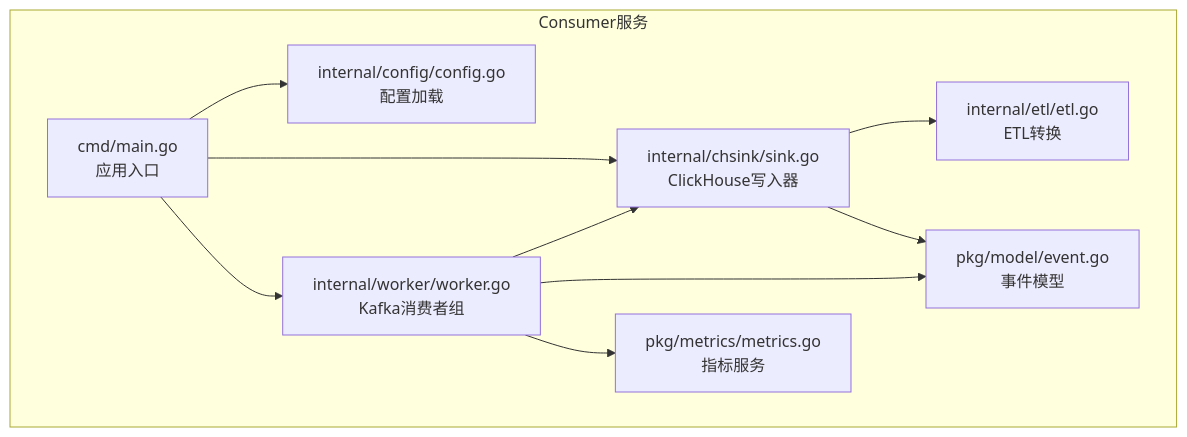
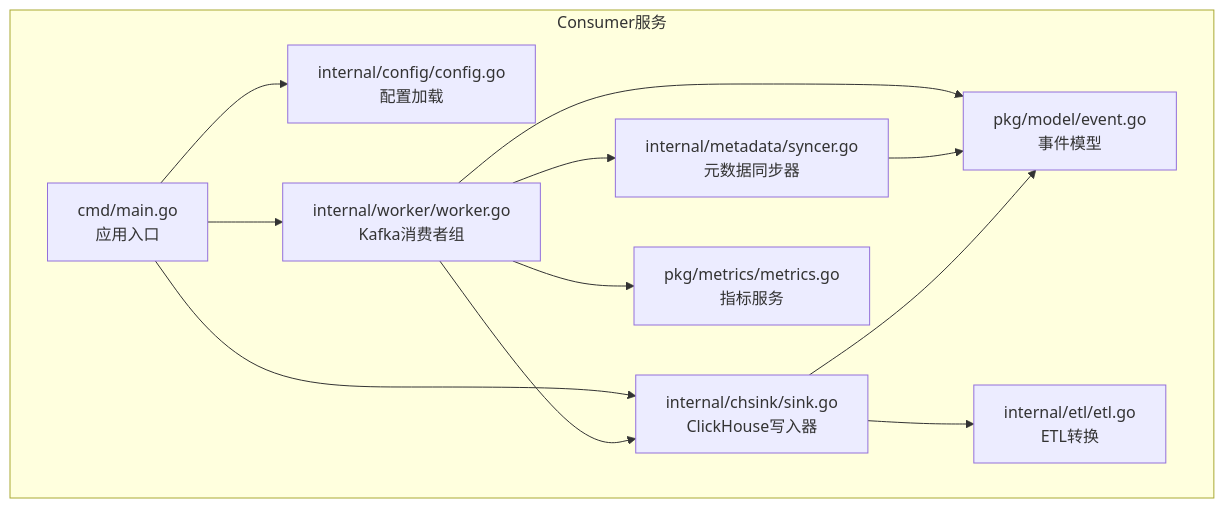
The first of 8 diagrams in .qoder/repowiki/zh/content/后端服务架构/Consumer服务.md (zhen-zhong/AeroLog), drawn with Mermaid before and after one commit. The commit also changed other lines of this file and 111 other files, not shown here.

````diff
--- a/.qoder/repowiki/zh/content/后端服务架构/Consumer服务.md
+++ b/.qoder/repowiki/zh/content/后端服务架构/Consumer服务.md
@@ -45,20 +56,23 @@
 ```mermaid
 graph TB
 subgraph "Consumer服务"
 CMD["cmd/main.go<br/>应用入口"]
 CFG["internal/config/config.go<br/>配置加载"]
 WRK["internal/worker/worker.go<br/>Kafka消费者组"]
+META["internal/metadata/syncer.go<br/>元数据同步器"]
 ETL["internal/etl/etl.go<br/>ETL转换"]
 SINK["internal/chsink/sink.go<br/>ClickHouse写入器"]
 MODEL["pkg/model/event.go<br/>事件模型"]
 METRICS["pkg/metrics/metrics.go<br/>指标服务"]
 end
 CMD --> CFG
 CMD --> SINK
 CMD --> WRK
+WRK --> META
 WRK --> SINK
 WRK --> MODEL
 WRK --> METRICS
+META --> MODEL
 SINK --> ETL
 SINK --> MODEL
 ```
````
